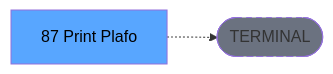
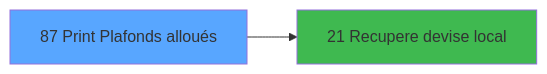
One commit to thonyAGP/magic-migration changed the third of 3 diagrams in .openspec/specs/ADH-IDE-87.md. Above: the diagram before and after it, drawn with Mermaid. The commit also changed other lines of this file and 253 other files, not shown here.

````diff
--- a/.openspec/specs/ADH-IDE-87.md
+++ b/.openspec/specs/ADH-IDE-87.md
@@ -137,8 +456,8 @@
 ```mermaid
 graph LR
-    T[87     Print Plafo]
-    TERM([TERMINAL])
-    T -.-> TERM
-    style TERM fill:#6b7280,stroke-dasharray: 5 5
-    style T fill:#58a6ff,color:#000
+    T87[87 Print Plafonds alloués]
+    style T87 fill:#58a6ff
+    C21[21 Recupere devise local]
+    T87 --> C21
+    style C21 fill:#3fb950
 ```
````
